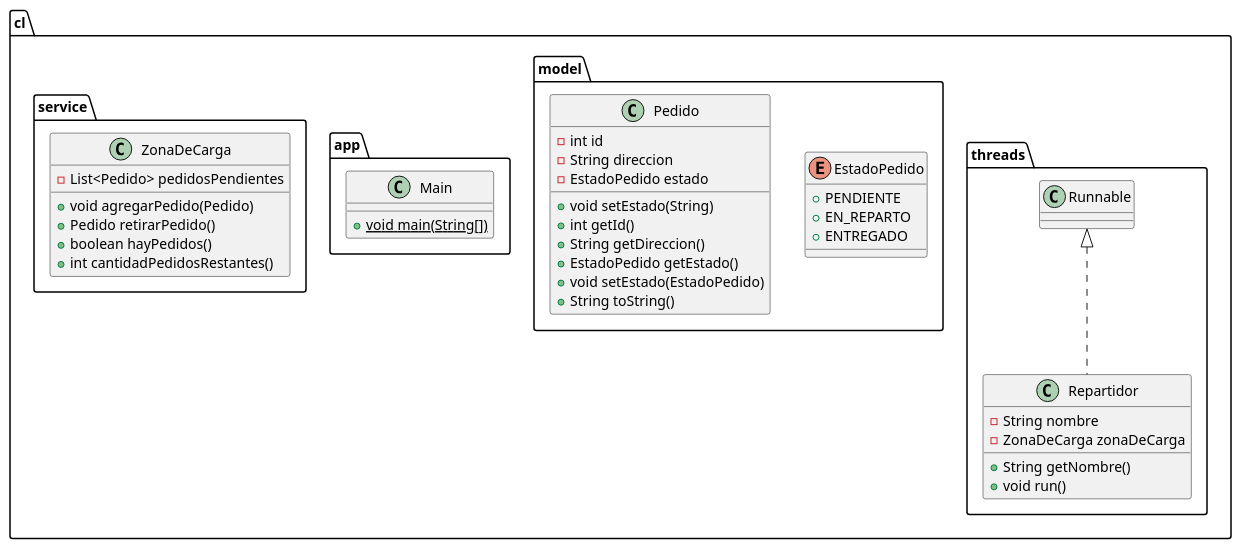
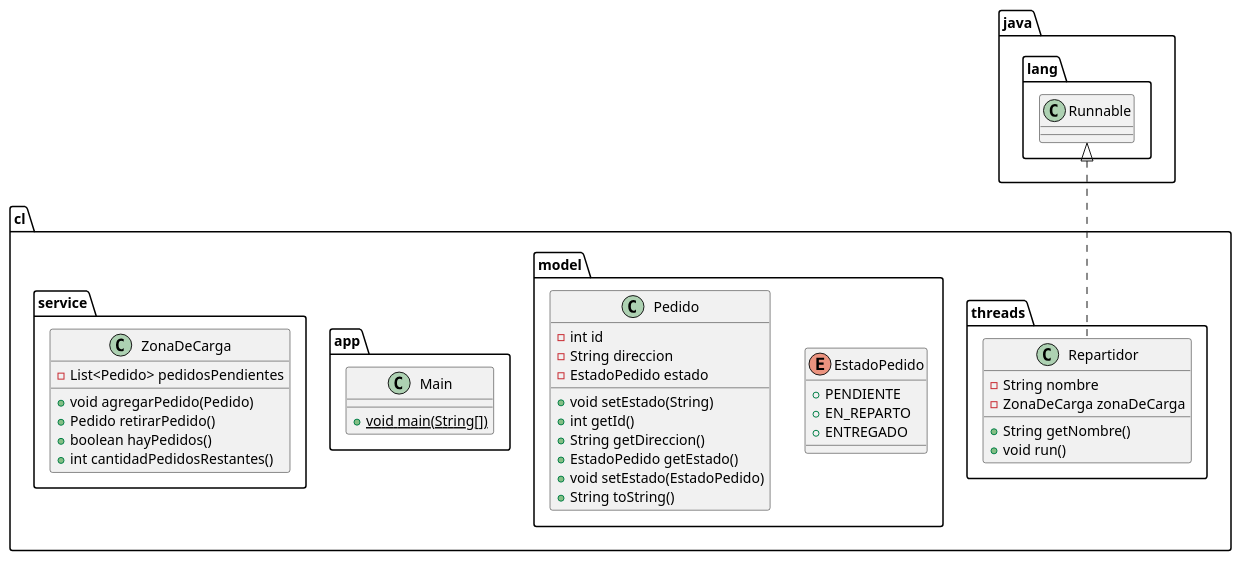
One commit to Dageti/SpeedFast changed the diagram in semana_5/diagrama_semana5.puml. Above: the diagram before and after it, drawn with PlantUML. The commit also changed 17 other files, not shown here.

```diff
--- a/semana_5/diagrama_semana5.puml
+++ b/semana_5/diagrama_semana5.puml
@@ -1,45 +1,45 @@
 @startuml
 class cl.threads.Repartidor {
 - String nombre
 - ZonaDeCarga zonaDeCarga
 + String getNombre()
 + void run()
 }
 
 
 enum cl.model.EstadoPedido {
 +  PENDIENTE
 +  EN_REPARTO
 +  ENTREGADO
 }
 
 class cl.app.Main {
 + {static} void main(String[])
 }
 
 class cl.model.Pedido {
 - int id
 - String direccion
 - EstadoPedido estado
 + void setEstado(String)
 + int getId()
 + String getDireccion()
 + EstadoPedido getEstado()
 + void setEstado(EstadoPedido)
 + String toString()
 }
 
 
 class cl.service.ZonaDeCarga {
 - List<Pedido> pedidosPendientes
 + void agregarPedido(Pedido)
 + Pedido retirarPedido()
 + boolean hayPedidos()
 + int cantidadPedidosRestantes()
 }
 
 
 
 
-cl.threads.Runnable <|.. cl.threads.Repartidor
+java.lang.Runnable <|.. cl.threads.Repartidor
 @enduml
```
